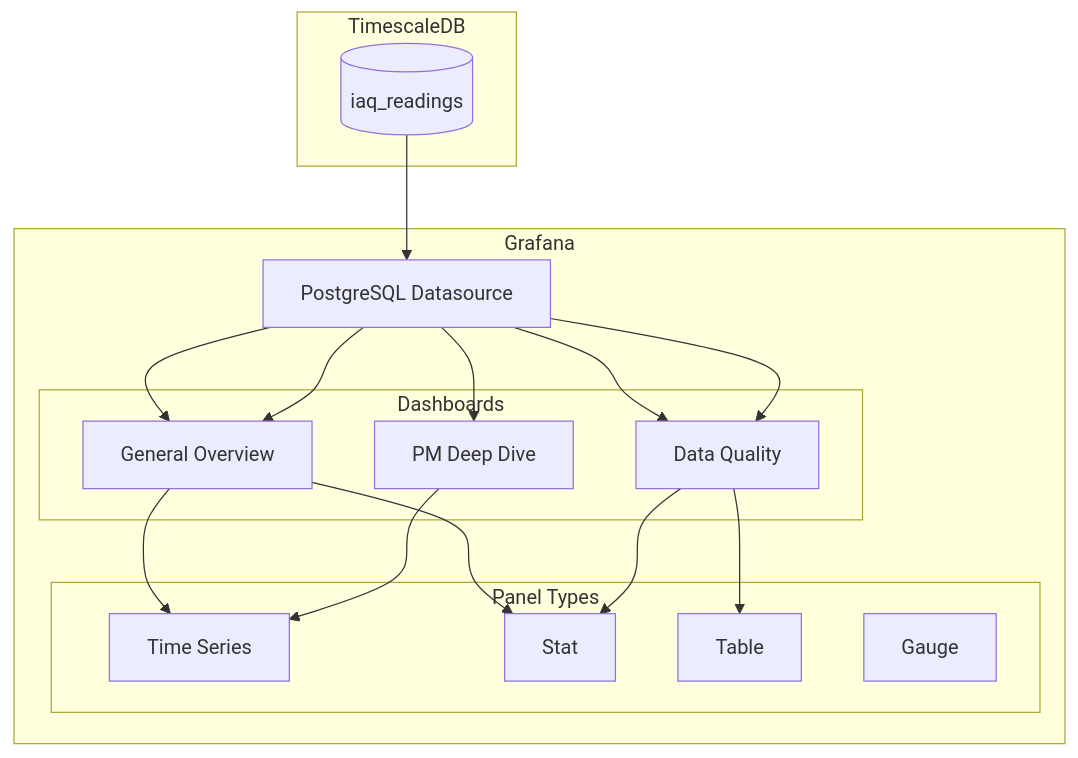
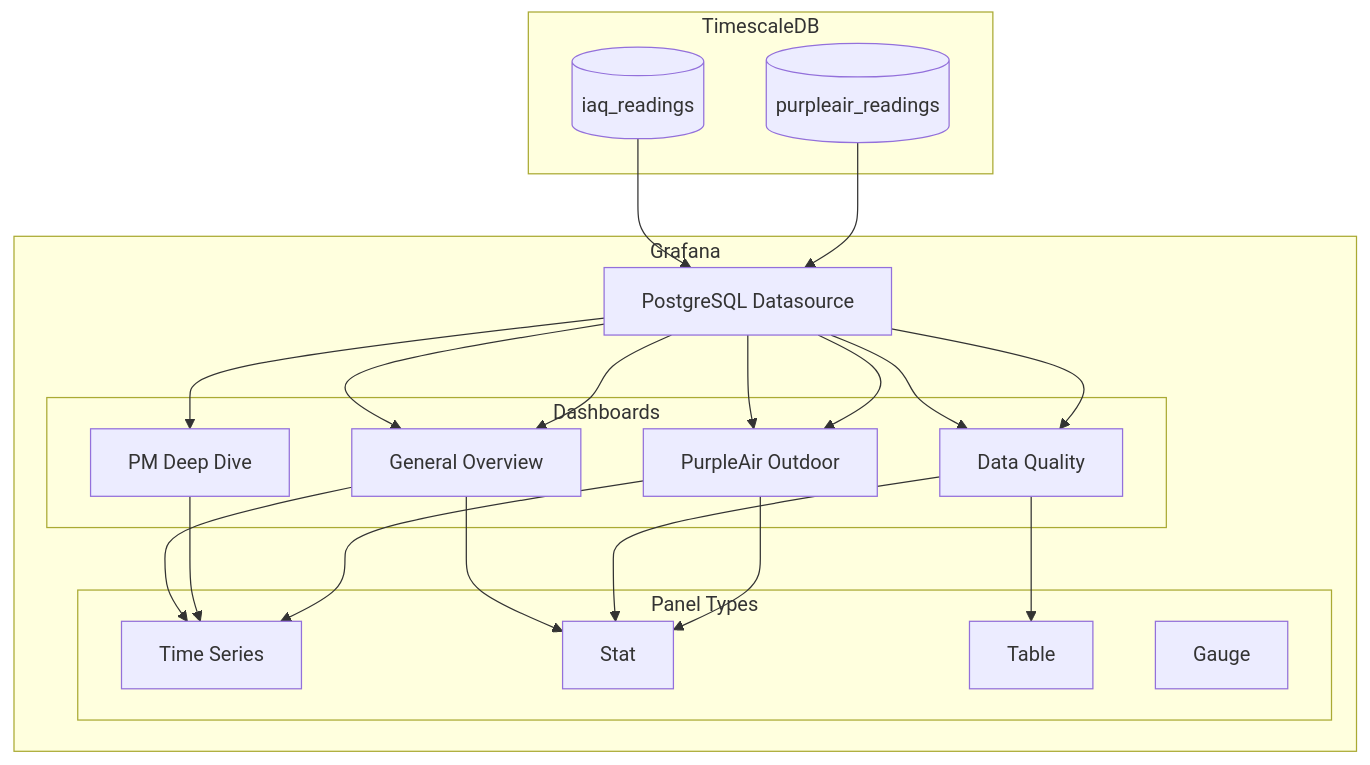
One commit to kuvychko/env_monitoring changed diagram 18 of 21 in docs/architecture.md. Above: the diagram before and after it, drawn with Mermaid. The commit also changed other lines of this file and 13 other files, not shown here.

Commit message:
PurpleAir added

````diff
--- a/docs/architecture.md
+++ b/docs/architecture.md
@@ -584,30 +629,35 @@
 ```mermaid
 flowchart TB
     subgraph Grafana["Grafana"]
         DS[PostgreSQL Datasource]
 
         subgraph Dashboards["Dashboards"]
             D1[General Overview]
             D2[PM Deep Dive]
             D3[Data Quality]
+            D4[PurpleAir Outdoor]
         end
 
         subgraph Panels["Panel Types"]
             TS[Time Series]
             STAT[Stat]
             TABLE[Table]
             GAUGE[Gauge]
         end
     end
 
     subgraph DB["TimescaleDB"]
         HYPER[(iaq_readings)]
+        PAHYPER[(purpleair_readings)]
     end
 
     HYPER --> DS
+    PAHYPER --> DS
     DS --> D1 --> TS
     DS --> D1 --> STAT
     DS --> D2 --> TS
     DS --> D3 --> STAT
     DS --> D3 --> TABLE
+    DS --> D4 --> TS
+    DS --> D4 --> STAT
 ```
````
